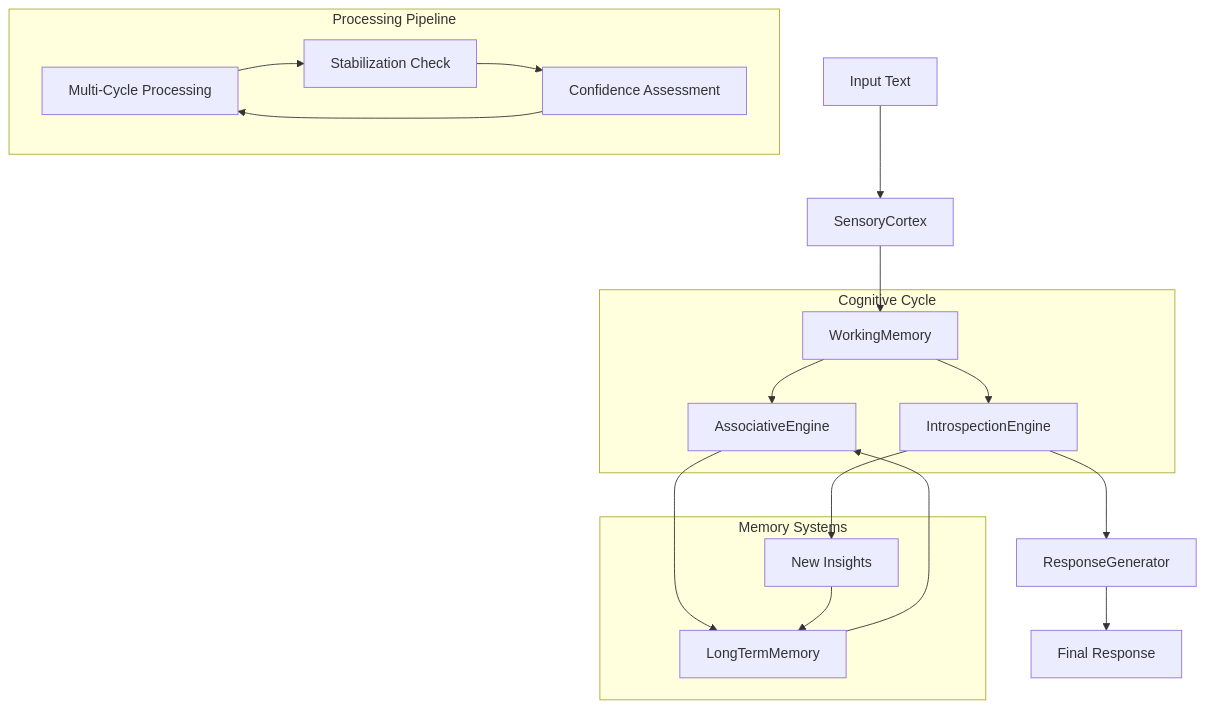
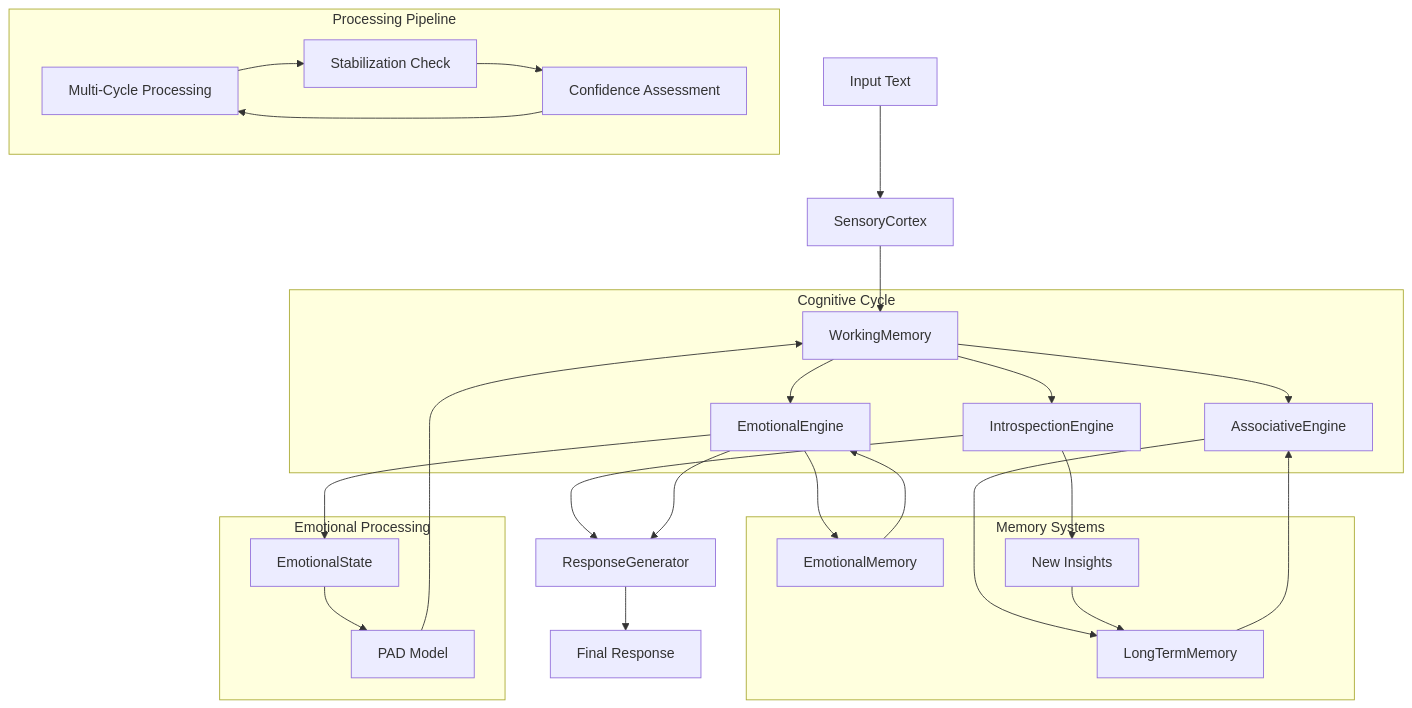
Before and after one commit to netsky-devel/Metacognitive-Engine-AI-Consciousness-Simulation: the diagram in ARCHITECTURE.md, drawn with Mermaid. The commit also changed other lines of this file and 2 other files, not shown here.

````diff
--- a/ARCHITECTURE.md
+++ b/ARCHITECTURE.md
@@ -13,33 +13,49 @@
 ```mermaid
 graph TB
     A[Input Text] --> B[SensoryCortex]
     B --> C[WorkingMemory]
     C --> D[AssociativeEngine]
     C --> E[IntrospectionEngine]
+    C --> N[EmotionalEngine]
     D --> F[LongTermMemory]
     E --> G[ResponseGenerator]
+    N --> G
+    N --> O[EmotionalMemory]
     F --> D
     E --> H[New Insights]
+    O --> N
     H --> F
     G --> I[Final Response]
     
     subgraph "Cognitive Cycle"
         C
         D
         E
+        N
     end
     
     subgraph "Memory Systems"
         F
         H
+        O
+    end
+    
+    subgraph "Emotional Processing"
+        N
+        O
+        P[EmotionalState]
+        Q[PAD Model]
+        N --> P
+        P --> Q
+        Q --> C
     end
     
     subgraph "Processing Pipeline"
         J[Multi-Cycle Processing]
         K[Stabilization Check]
         L[Confidence Assessment]
         J --> K
         K --> L
         L --> J
     end
 ```
````
